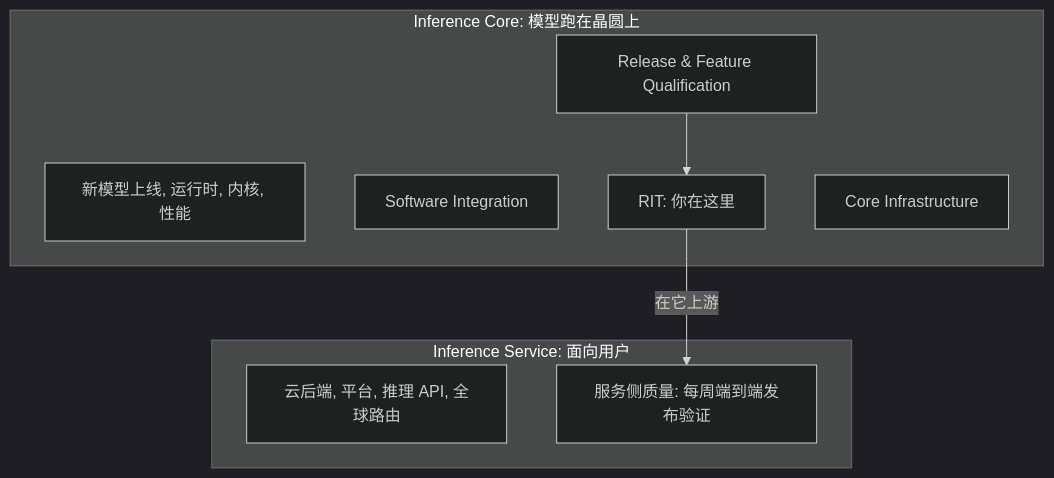
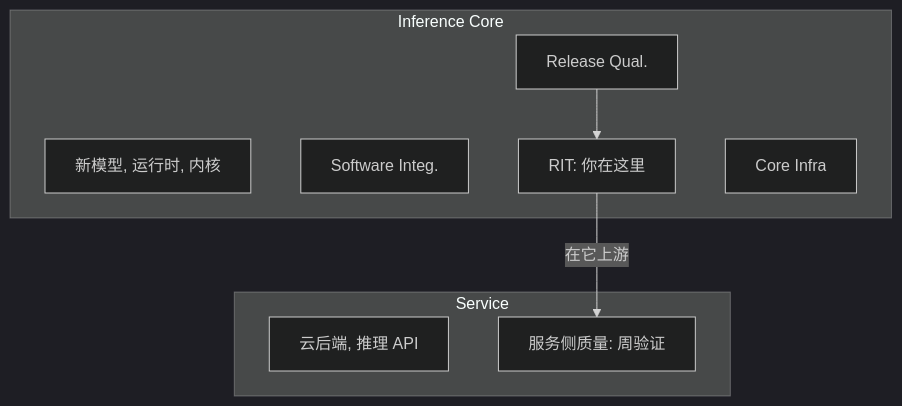
One commit to ChiChasesCheese/trellis changed the diagram in vault/interviews/companies/cerebras/deck/cards/role/cbr-role-org.md. Above: the diagram before and after it, drawn with Mermaid (dark theme). The commit also changed 27 other files, not shown here.

First line of the commit message:
Cerebras HM prep: phone-sized diagrams and two corrected facts in the 100 cards for the hiring-manager round

````diff
--- a/vault/interviews/companies/cerebras/deck/cards/role/cbr-role-org.md
+++ b/vault/interviews/companies/cerebras/deck/cards/role/cbr-role-org.md
@@ -21,14 +21,14 @@
 ```mermaid
 flowchart TD
-    subgraph CORE["Inference Core: 模型跑在晶圆上"]
-        M["新模型上线, 运行时, 内核, 性能"]
-        SI["Software Integration"]
-        RFQ["Release & Feature Qualification"] --> RIT["RIT: 你在这里"]
-        CI["Core Infrastructure"]
+    subgraph CORE["Inference Core"]
+        M["新模型, 运行时, 内核"]
+        SI["Software Integ."]
+        RFQ["Release Qual."] --> RIT["RIT: 你在这里"]
+        CI["Core Infra"]
     end
-    subgraph SVC["Inference Service: 面向用户"]
-        B["云后端, 平台, 推理 API, 全球路由"]
-        Q["服务侧质量: 每周端到端发布验证"]
+    subgraph SVC["Service"]
+        B["云后端, 推理 API"]
+        Q["服务侧质量: 周验证"]
     end
     RIT -- "在它上游" --> Q
 ```
````
